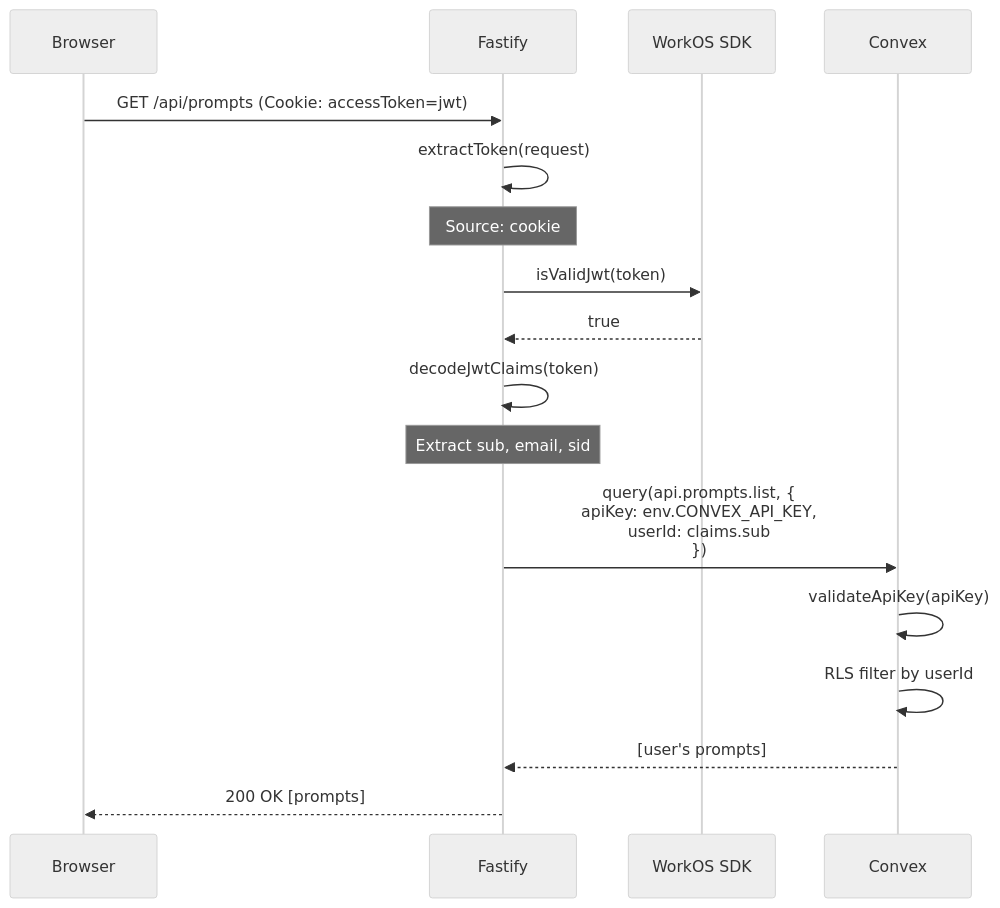
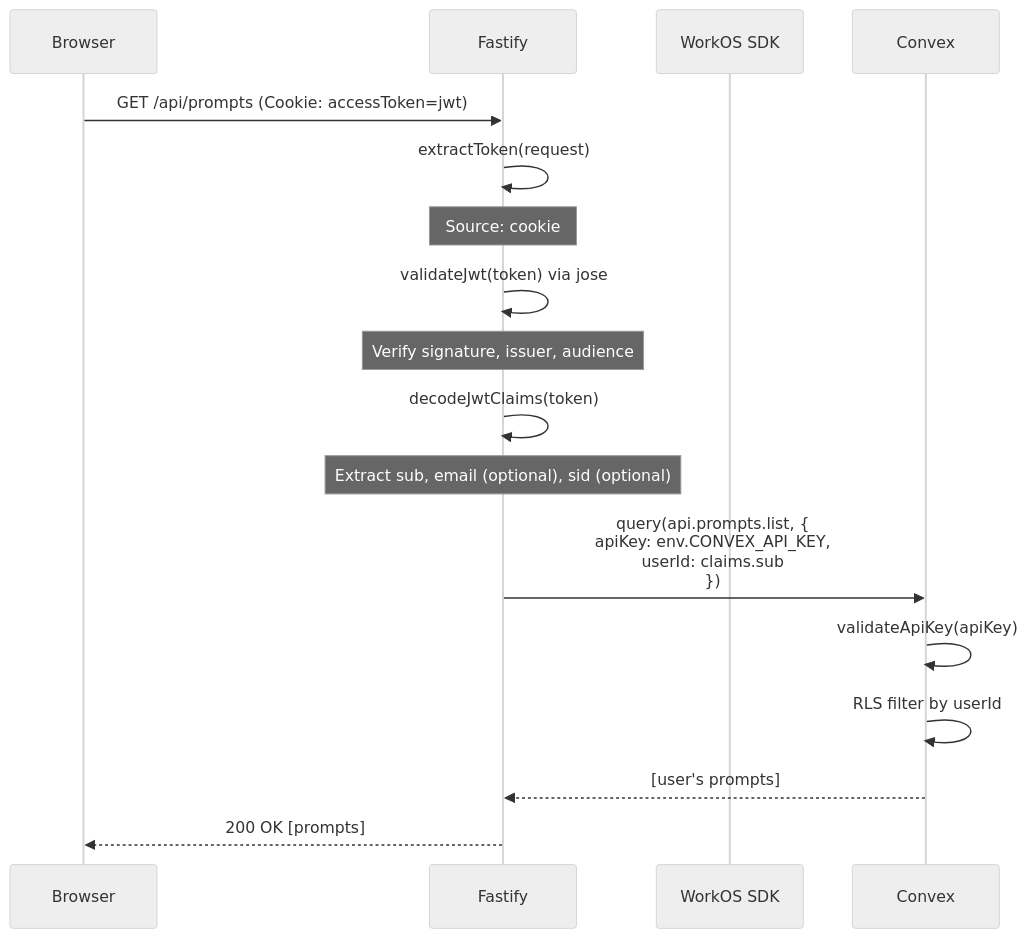
One commit to liminal-ai/liminaldb changed the fourth of 11 diagrams in docs/auth-design.md. Above: the diagram before and after it, drawn with Mermaid (neutral theme). The commit also changed other lines of this file and 2 other files, not shown here.

First line of the commit message:
Update architecture docs to reflect actual implementation

````diff
--- a/docs/auth-design.md
+++ b/docs/auth-design.md
@@ -233,26 +241,26 @@
 ```mermaid
 sequenceDiagram
     participant Browser
     participant Fastify
     participant WorkOS as WorkOS SDK
     participant Convex
 
     Browser->>Fastify: GET /api/prompts (Cookie: accessToken=jwt)
 
     Fastify->>Fastify: extractToken(request)
     Note over Fastify: Source: cookie
 
-    Fastify->>WorkOS: isValidJwt(token)
-    WorkOS-->>Fastify: true
+    Fastify->>Fastify: validateJwt(token) via jose
+    Note over Fastify: Verify signature, issuer, audience
 
     Fastify->>Fastify: decodeJwtClaims(token)
-    Note over Fastify: Extract sub, email, sid
+    Note over Fastify: Extract sub, email (optional), sid (optional)
 
     Fastify->>Convex: query(api.prompts.list, {<br/>  apiKey: env.CONVEX_API_KEY,<br/>  userId: claims.sub<br/>})
 
     Convex->>Convex: validateApiKey(apiKey)
     Convex->>Convex: RLS filter by userId
     Convex-->>Fastify: [user's prompts]
 
     Fastify-->>Browser: 200 OK [prompts]
 ```
````
